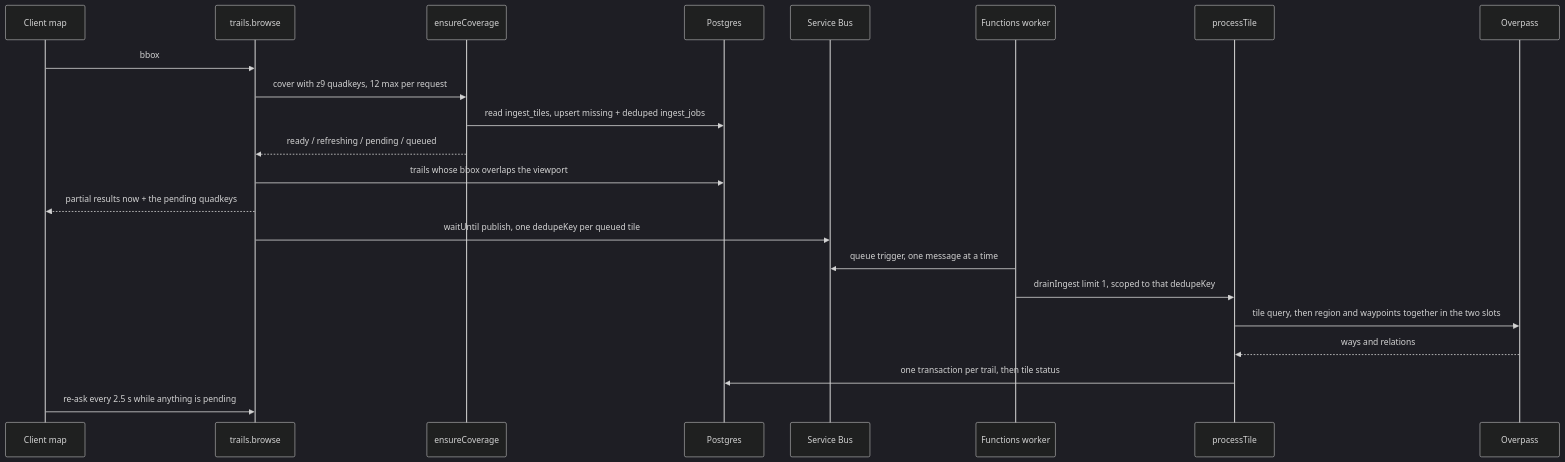
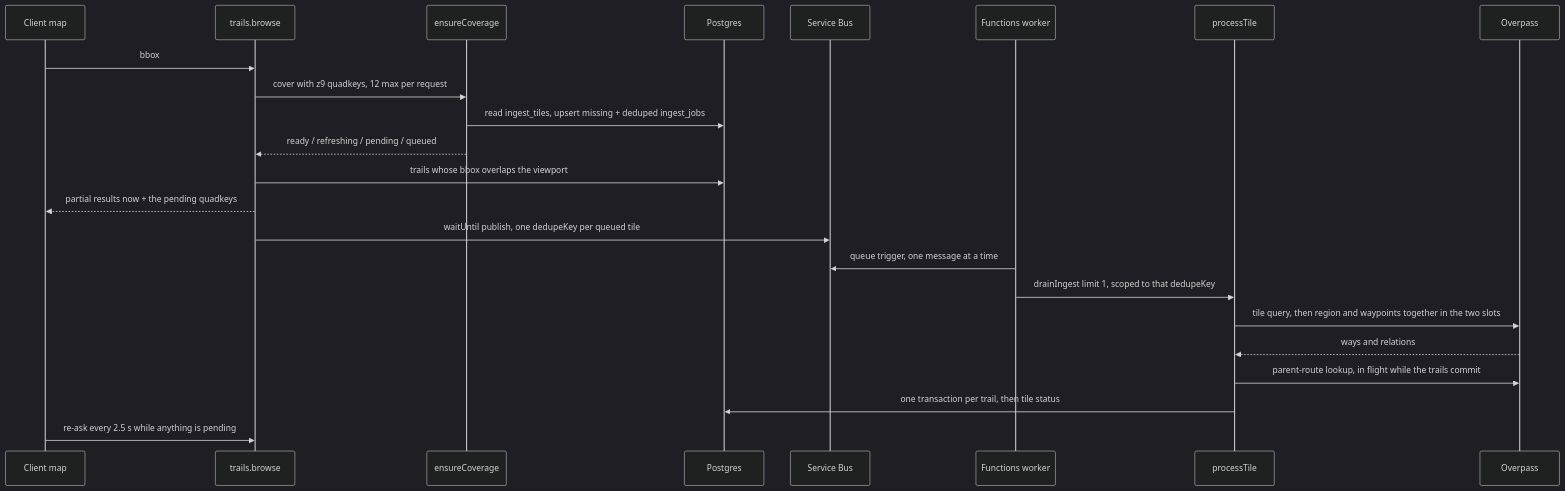
One commit to mbahgatTech/switchback changed the second of 14 diagrams in docs/architecture.md. Above: the diagram before and after it, drawn with Mermaid (dark theme). The commit also changed other lines of this file and 9 other files, not shown here.

First line of the commit message:
Take the parent-route lookup off a tile's critical path

````diff
--- a/docs/architecture.md
+++ b/docs/architecture.md
@@ -58,27 +58,28 @@
 ```mermaid
 sequenceDiagram
   participant C as Client map
   participant B as trails.browse
   participant V as ensureCoverage
   participant DB as Postgres
   participant SB as Service Bus
   participant W as Functions worker
   participant P as processTile
   participant O as Overpass
 
   C->>B: bbox
   B->>V: cover with z9 quadkeys, 12 max per request
   V->>DB: read ingest_tiles, upsert missing + deduped ingest_jobs
   V-->>B: ready / refreshing / pending / queued
   B->>DB: trails whose bbox overlaps the viewport
   B-->>C: partial results now + the pending quadkeys
 
   B->>SB: waitUntil publish, one dedupeKey per queued tile
   W->>SB: queue trigger, one message at a time
   W->>P: drainIngest limit 1, scoped to that dedupeKey
 
   P->>O: tile query, then region and waypoints together in the two slots
   O-->>P: ways and relations
+  P->>O: parent-route lookup, in flight while the trails commit
   P->>DB: one transaction per trail, then tile status
   C->>B: re-ask every 2.5 s while anything is pending
 ```
````
